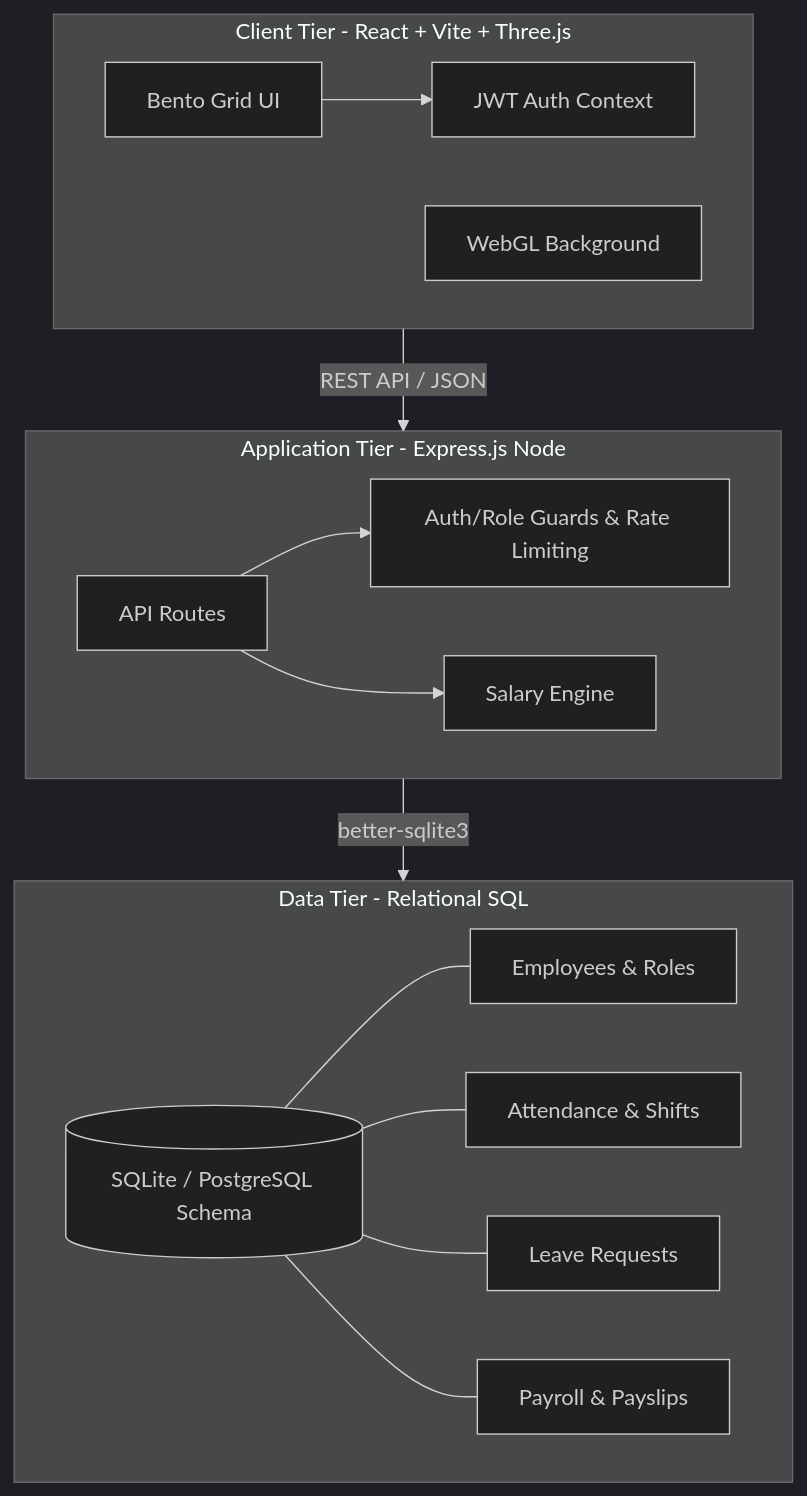
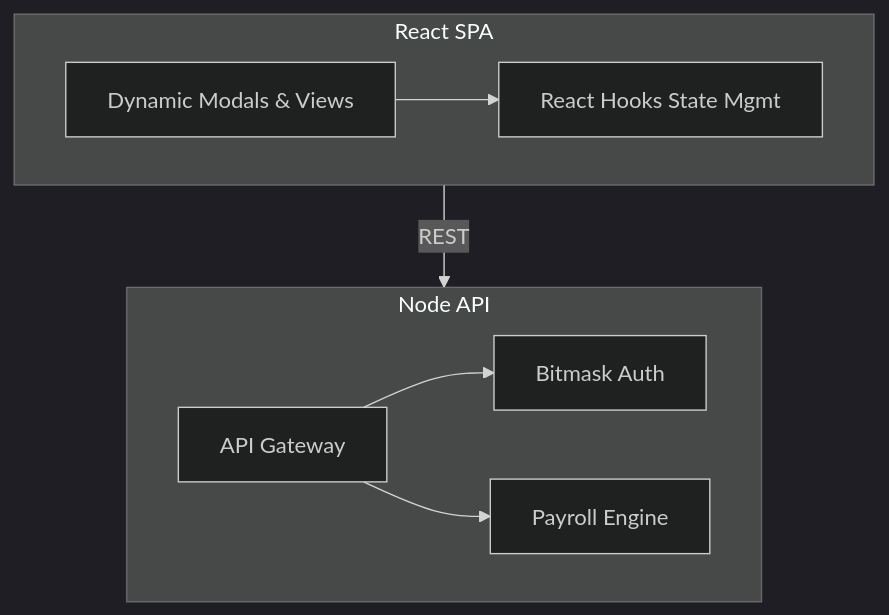
Before and after one commit to soumoditt-source/OODOO_HACKATHON_SOUMODITYA_DAS_HRM_SYSTEM: the diagram in README.md, drawn with Mermaid (dark theme). The commit also changed other lines of this file and 1 other file, not shown here.

````diff
--- a/README.md
+++ b/README.md
@@ -42,32 +35,18 @@
 ```mermaid
 graph TD
-    subgraph Frontend [Client Tier - React + Vite + Three.js]
-        UI[Bento Grid UI]
-        AuthUI[JWT Auth Context]
-        ThreeJS[WebGL Background]
-        UI --> AuthUI
+    subgraph Frontend [React SPA]
+        UI[Dynamic Modals & Views]
+        State[React Hooks State Mgmt]
+        UI --> State
     end
 
-    subgraph Backend [Application Tier - Express.js Node]
-        Router[API Routes]
-        Middleware[Auth/Role Guards & Rate Limiting]
-        Payroll[Salary Engine]
-        Router --> Middleware
-        Router --> Payroll
+    subgraph Backend [Node API]
+        Gateway[API Gateway]
+        RBAC[Bitmask Auth]
+        Payroll[Payroll Engine]
+        Gateway --> RBAC
+        Gateway --> Payroll
     end
 
-    subgraph Database [Data Tier - Relational SQL]
-        DB[(SQLite / PostgreSQL Schema)]
-        Employees[Employees & Roles]
-        Attendance[Attendance & Shifts]
-        Leaves[Leave Requests]
-        Finance[Payroll & Payslips]
-        DB --- Employees
-        DB --- Attendance
-        DB --- Leaves
-        DB --- Finance
-    end
-
-    Frontend -- REST API / JSON --> Backend
-    Backend -- better-sqlite3 --> Database
+    Frontend -- REST --> Backend
 ```
````
